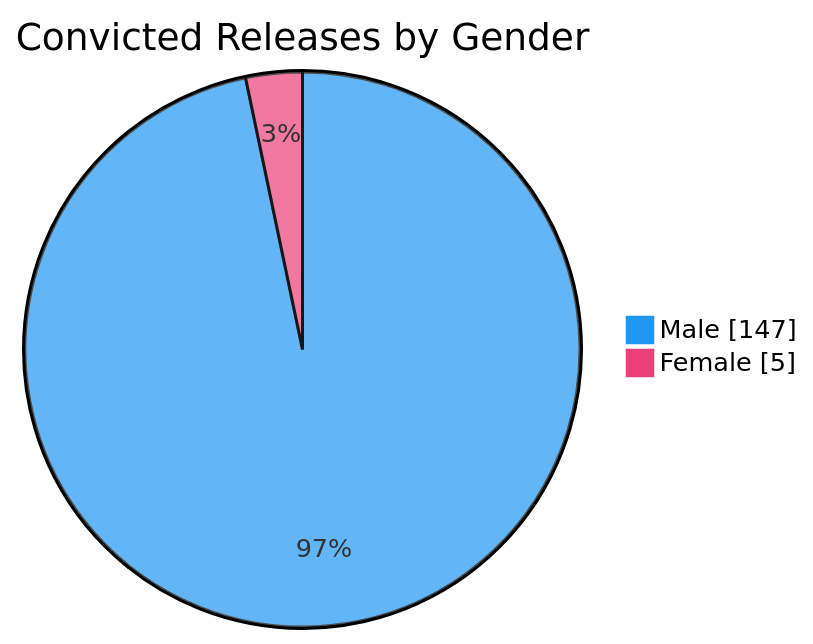
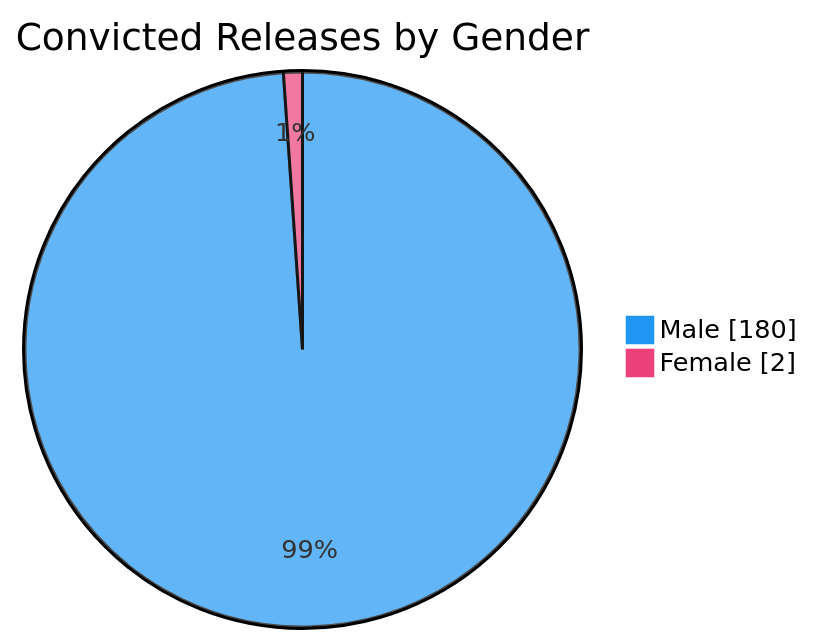
One commit to nuuuwan/lk_prisons changed the sixth of 7 diagrams in README.md. Above: the diagram before and after it, drawn with Mermaid. The commit also changed other lines of this file and 1 other file, not shown here.

````diff
--- a/README.md
+++ b/README.md
@@ -98,6 +98,6 @@
 ```mermaid
 %%{init: {'themeVariables': {'pie1': '#2196F3', 'pie2': '#EC407A'}}}%%
 pie showData title Convicted Releases by Gender
-    "Male" : 147
-    "Female" : 5
+    "Male" : 180
+    "Female" : 2
 ```
````
